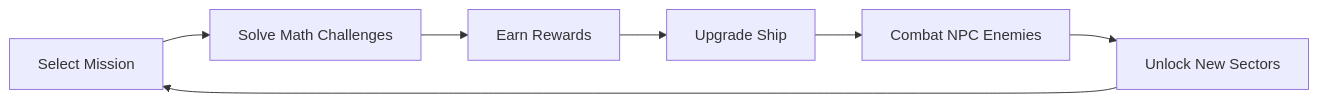
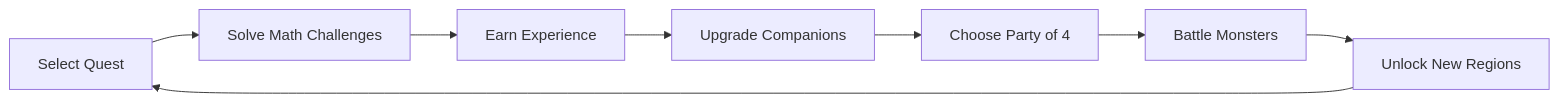
One commit to seyit-ivhed/playtolearn changed the first of 2 diagrams in docs/game-design-document.md. Above: the diagram before and after it, drawn with Mermaid. The commit also changed other lines of this file and 12 other files, not shown here.

````diff
--- a/docs/game-design-document.md
+++ b/docs/game-design-document.md
@@ -23,9 +23,10 @@
 ```mermaid
 graph LR
-    A[Select Mission] --> B[Solve Math Challenges]
-    B --> C[Earn Rewards]
-    C --> D[Upgrade Ship]
-    D --> E[Combat NPC Enemies]
-    E --> F[Unlock New Sectors]
-    F --> A
+    A[Select Quest] --> B[Solve Math Challenges]
+    B --> C[Earn Experience]
+    C --> D[Upgrade Companions]
+    D --> E[Choose Party of 4]
+    E --> F[Battle Monsters]
+    F --> G[Unlock New Regions]
+    G --> A
 ```
````
